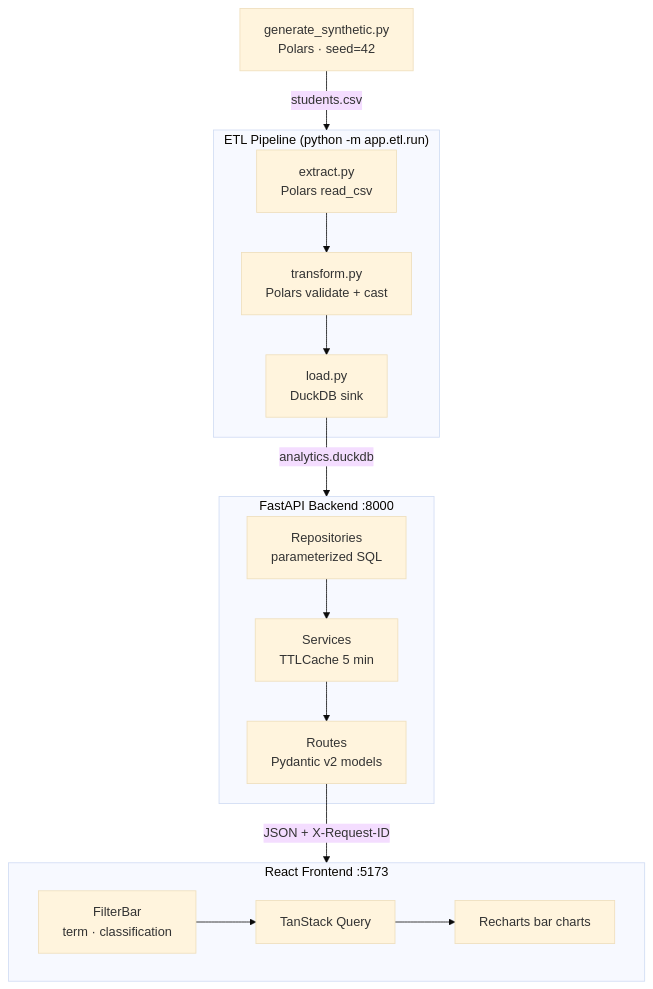
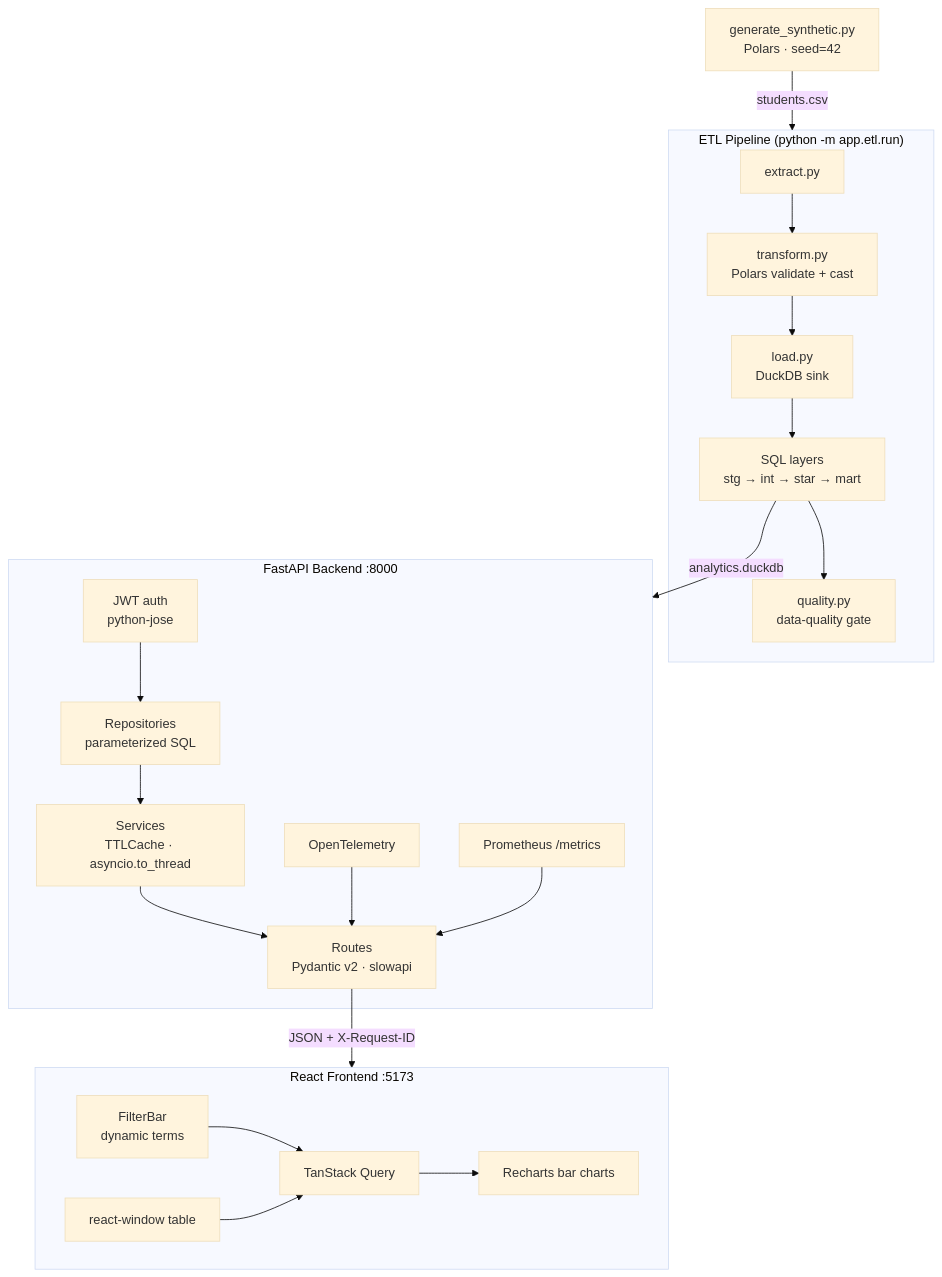
Before and after one commit to Siddiqueeahmed/student-analytics: the diagram in README.md, drawn with Mermaid (base theme). The commit also changed other lines of this file and 9 other files, not shown here.

````diff
--- a/README.md
+++ b/README.md
@@ -11,23 +11,29 @@
 ```mermaid
 graph TD
     G[generate_synthetic.py<br/>Polars · seed=42] -->|students.csv| ETL
 
     subgraph ETL ["ETL Pipeline (python -m app.etl.run)"]
-        E[extract.py<br/>Polars read_csv] --> T[transform.py<br/>Polars validate + cast]
+        E[extract.py] --> T[transform.py<br/>Polars validate + cast]
         T --> L[load.py<br/>DuckDB sink]
+        L --> SQL[SQL layers<br/>stg → int → star → mart]
+        SQL --> DQ[quality.py<br/>data-quality gate]
     end
 
-    L -->|analytics.duckdb| API
+    SQL -->|analytics.duckdb| API
 
     subgraph API ["FastAPI Backend :8000"]
-        R[Repositories<br/>parameterized SQL] --> S[Services<br/>TTLCache 5 min]
-        S --> RT[Routes<br/>Pydantic v2 models]
+        Auth[JWT auth<br/>python-jose] --> R[Repositories<br/>parameterized SQL]
+        R --> S[Services<br/>TTLCache · asyncio.to_thread]
+        S --> RT[Routes<br/>Pydantic v2 · slowapi]
+        OT[OpenTelemetry] --> RT
+        Prom[Prometheus /metrics] --> RT
     end
 
     RT -->|JSON + X-Request-ID| FE
 
     subgraph FE ["React Frontend :5173"]
         TQ[TanStack Query] --> Charts[Recharts bar charts]
-        FB[FilterBar<br/>term · classification] --> TQ
+        FB[FilterBar<br/>dynamic terms] --> TQ
+        VT[react-window table] --> TQ
     end
 ```
````
